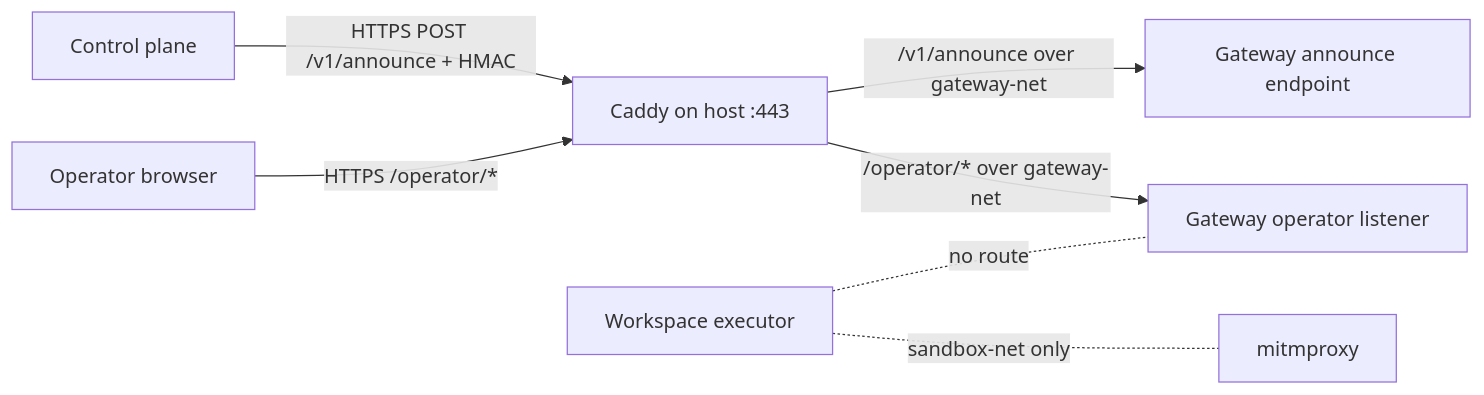
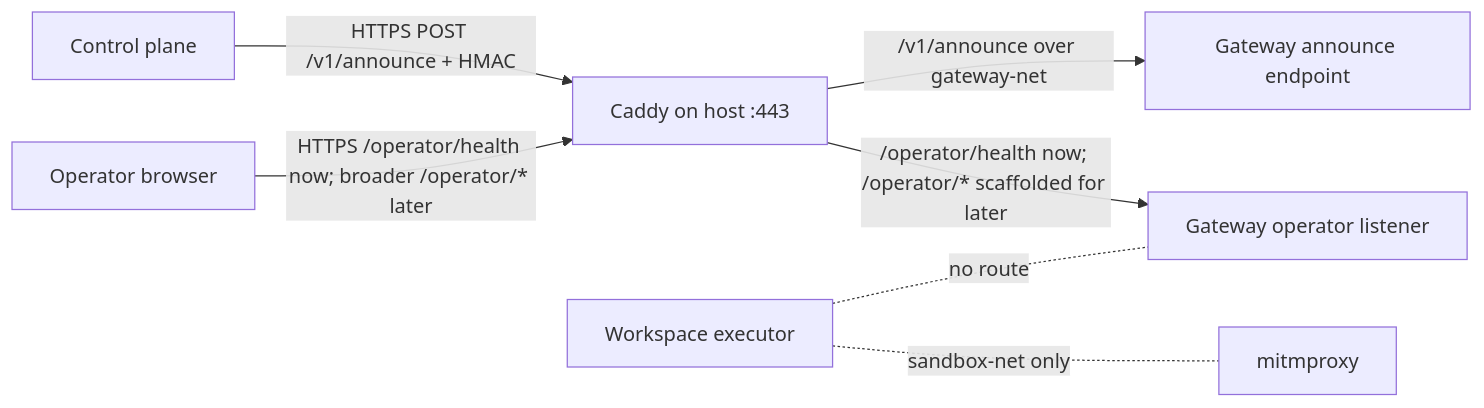
The diagram in docs/plans/2026-06-17-001-feat-gateway-operator-listener-topology-plan.md (marcusrbrown/infra), drawn with Mermaid before and after one commit. The commit also changed other lines of this file and 2 other files, not shown here.

Commit message:
docs(gateway): complete operator topology plan

````diff
--- a/docs/plans/2026-06-17-001-feat-gateway-operator-listener-topology-plan.md
+++ b/docs/plans/2026-06-17-001-feat-gateway-operator-listener-topology-plan.md
@@ -103,9 +104,9 @@
 ```mermaid
 flowchart LR
-  Browser[Operator browser] -->|HTTPS /operator/*| Caddy[Caddy on host :443]
+  Browser[Operator browser] -->|HTTPS /operator/health now; broader /operator/* later| Caddy[Caddy on host :443]
   ControlPlane[Control plane] -->|HTTPS POST /v1/announce + HMAC| Caddy
-  Caddy -->|/operator/* over gateway-net| Operator[Gateway operator listener]
+  Caddy -->|/operator/health now; /operator/* scaffolded for later| Operator[Gateway operator listener]
   Caddy -->|/v1/announce over gateway-net| Announce[Gateway announce endpoint]
   Workspace[Workspace executor] -. sandbox-net only .- Mitmproxy[mitmproxy]
   Workspace -. no route .- Operator
 ```
````
